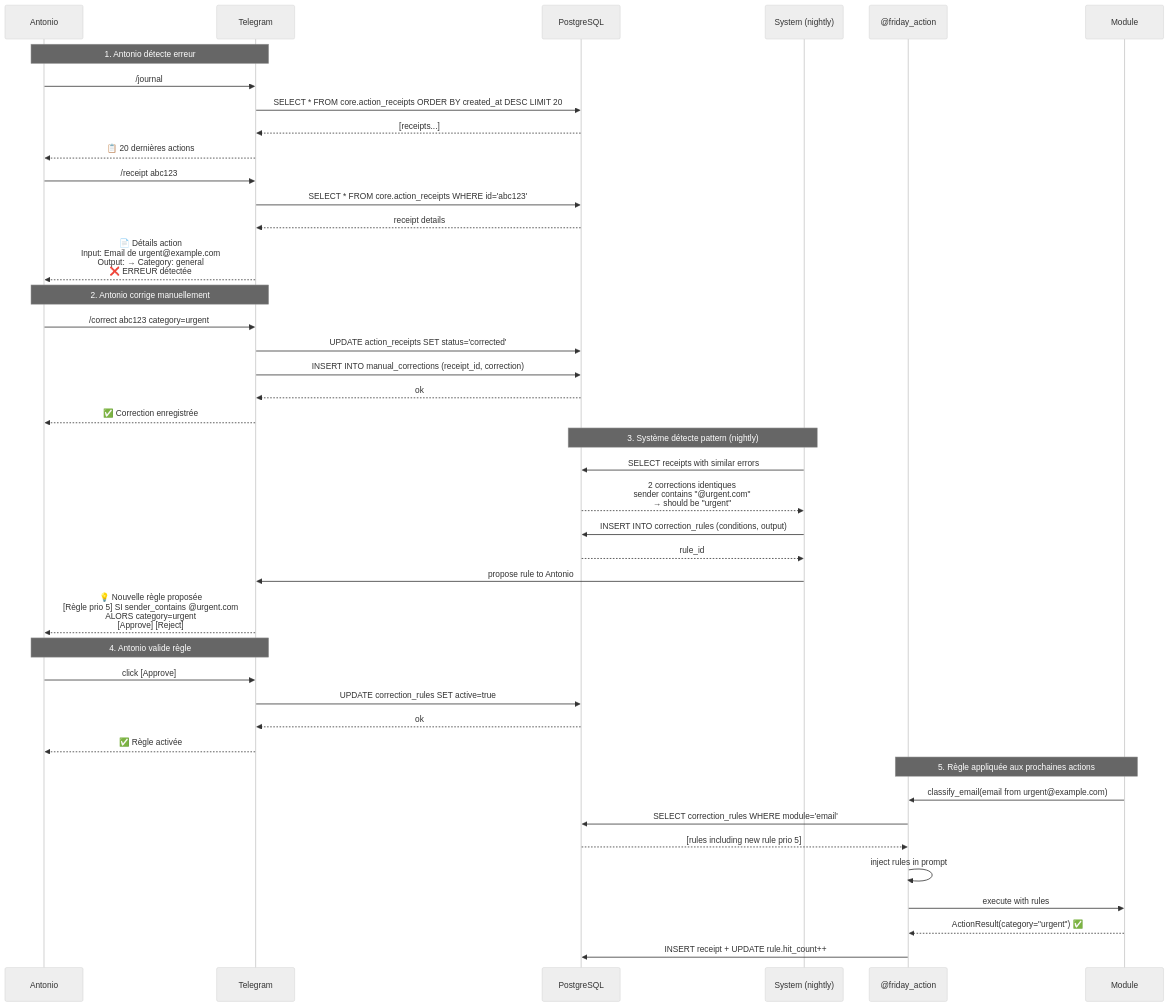
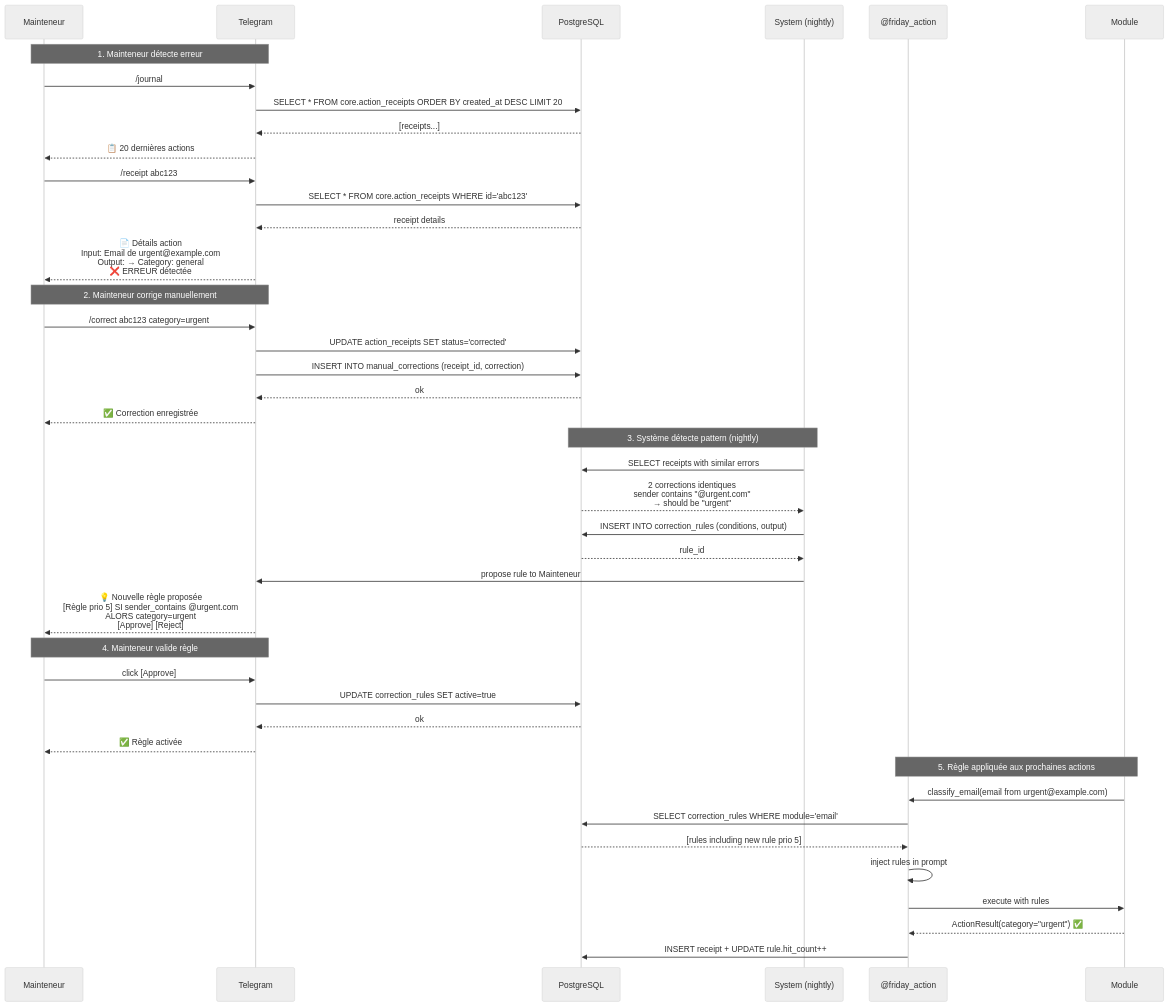
One commit to Masterplan16/Friday-2.0 changed the fourth of 5 diagrams in docs/trust-layer-sequence.md. Above: the diagram before and after it, drawn with Mermaid (neutral theme). The commit also changed other lines of this file and 42 other files, not shown here.

````diff
--- a/docs/trust-layer-sequence.md
+++ b/docs/trust-layer-sequence.md
@@ -167,57 +167,57 @@
 ```mermaid
 sequenceDiagram
-    participant A as Antonio
+    participant A as Mainteneur
     participant T as Telegram
     participant PG as PostgreSQL
     participant S as System (nightly)
     participant D as @friday_action
     participant M as Module
 
-    Note over A,T: 1. Antonio détecte erreur
+    Note over A,T: 1. Mainteneur détecte erreur
 
     A->>T: /journal
     T->>PG: SELECT * FROM core.action_receipts ORDER BY created_at DESC LIMIT 20
     PG-->>T: [receipts...]
     T-->>A: 📋 20 dernières actions
 
     A->>T: /receipt abc123
     T->>PG: SELECT * FROM core.action_receipts WHERE id='abc123'
     PG-->>T: receipt details
     T-->>A: 📄 Détails action<br/>Input: Email de urgent@example.com<br/>Output: → Category: general<br/>❌ ERREUR détectée
 
-    Note over A,T: 2. Antonio corrige manuellement
+    Note over A,T: 2. Mainteneur corrige manuellement
 
     A->>T: /correct abc123 category=urgent
     T->>PG: UPDATE action_receipts SET status='corrected'
     T->>PG: INSERT INTO manual_corrections (receipt_id, correction)
     PG-->>T: ok
     T-->>A: ✅ Correction enregistrée
 
     Note over S,PG: 3. Système détecte pattern (nightly)
 
     S->>PG: SELECT receipts with similar errors
     PG-->>S: 2 corrections identiques<br/>sender contains "@urgent.com"<br/>→ should be "urgent"
 
     S->>PG: INSERT INTO correction_rules (conditions, output)
     PG-->>S: rule_id
 
-    S->>T: propose rule to Antonio
+    S->>T: propose rule to Mainteneur
     T-->>A: 💡 Nouvelle règle proposée<br/>[Règle prio 5] SI sender_contains @urgent.com<br/>ALORS category=urgent<br/>[Approve] [Reject]
 
-    Note over A,T: 4. Antonio valide règle
+    Note over A,T: 4. Mainteneur valide règle
 
     A->>T: click [Approve]
     T->>PG: UPDATE correction_rules SET active=true
     PG-->>T: ok
     T-->>A: ✅ Règle activée
 
     Note over D,M: 5. Règle appliquée aux prochaines actions
 
     M->>D: classify_email(email from urgent@example.com)
     D->>PG: SELECT correction_rules WHERE module='email'
     PG-->>D: [rules including new rule prio 5]
     D->>D: inject rules in prompt
     D->>M: execute with rules
     M-->>D: ActionResult(category="urgent") ✅
     D->>PG: INSERT receipt + UPDATE rule.hit_count++
 ```
````
